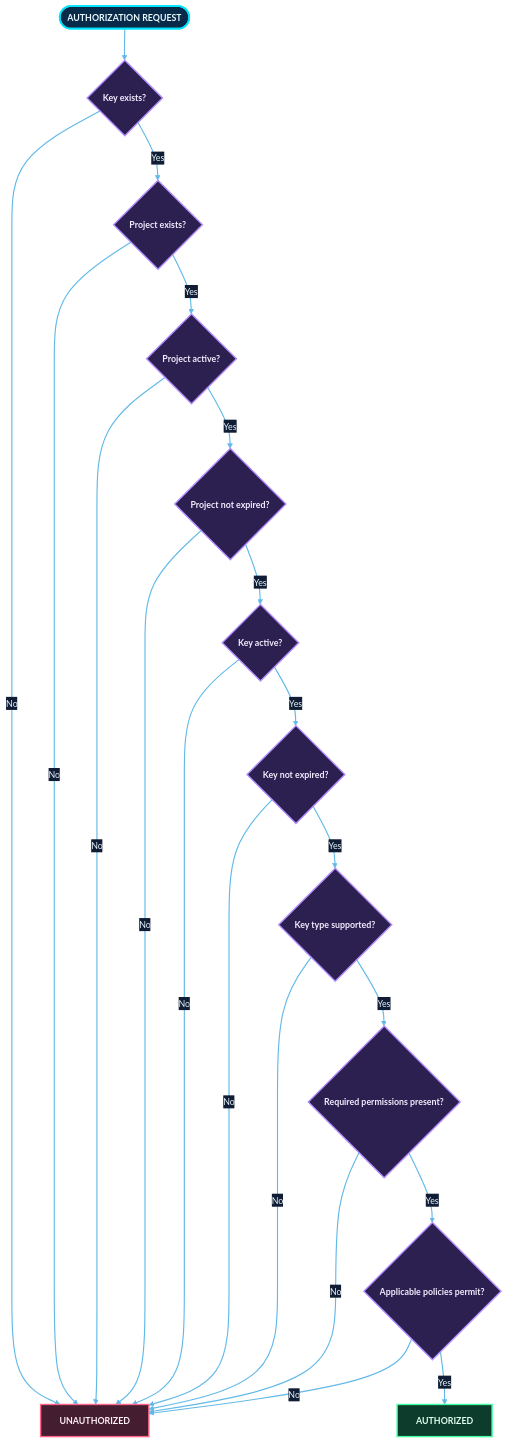
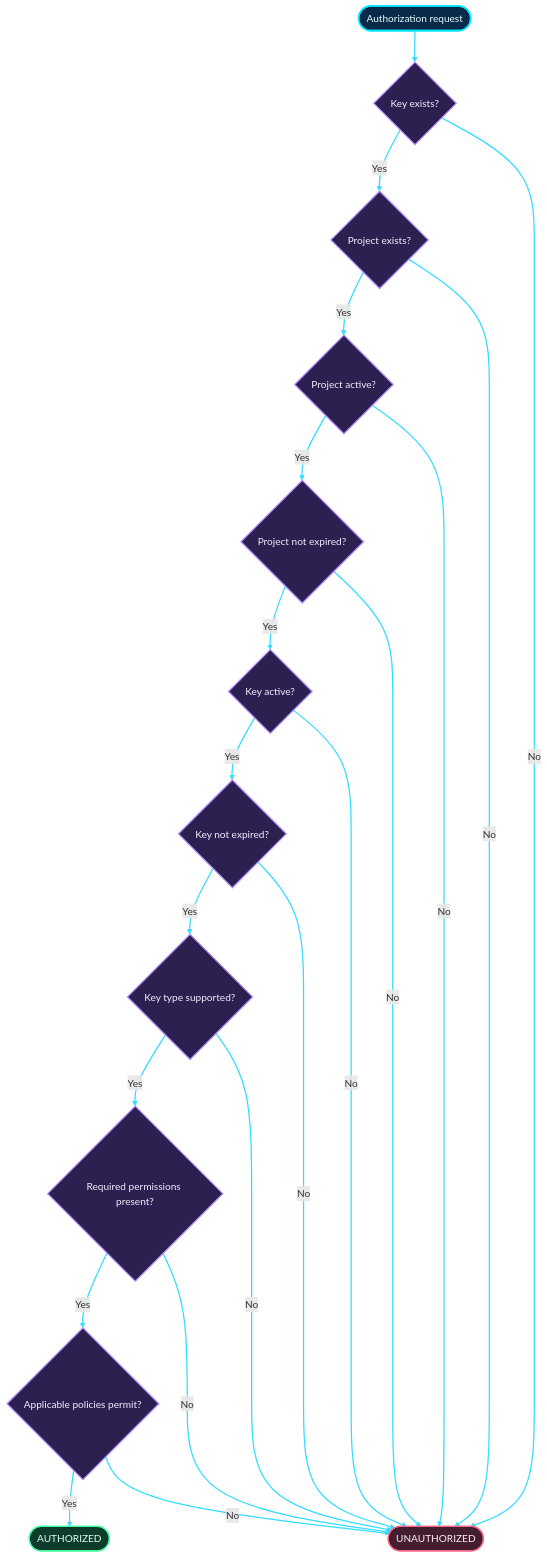
Diagram 12 of 23 in README.md (shajeduzzamanenan992008inc/NexOra-Database-key-Gen), drawn with Mermaid before and after one commit. The commit also changed other lines of this file, not shown here.

````diff
--- a/README.md
+++ b/README.md
@@ -1066,40 +1024,39 @@
 ```mermaid
-%%{init: {"theme":"base","themeVariables":{"darkMode":true,"background":"#07111f","primaryColor":"#102744","primaryTextColor":"#e8f7ff","primaryBorderColor":"#00d9ff","lineColor":"#62b9e8","secondaryColor":"#261d45","secondaryTextColor":"#f3eaff","secondaryBorderColor":"#a78bfa","tertiaryColor":"#12332b","tertiaryTextColor":"#e0fff1","tertiaryBorderColor":"#41e6a2","fontFamily":"Inter, Segoe UI, sans-serif","fontSize":"14px","edgeLabelBackground":"#101d34","mainBkg":"#102744","nodeBorder":"#00d9ff","clusterBkg":"#0b1930","clusterBorder":"#6f7dff","actorBkg":"#102744","actorBorder":"#00d9ff","actorTextColor":"#e8f7ff","signalColor":"#64d8ff","signalTextColor":"#e8f7ff","noteBkgColor":"#0e332b","noteBorderColor":"#41e6a2","noteTextColor":"#e0fff1"}}}%%
-flowchart TB
-    REQUEST(["AUTHORIZATION REQUEST"]) --> Q1{"Key exists?"}
-    Q1 -->|No| DENY["UNAUTHORIZED"]
+flowchart TD
+    R(["Authorization request"]) --> Q1{"Key exists?"}
     Q1 -->|Yes| Q2{"Project exists?"}
-    Q2 -->|No| DENY
     Q2 -->|Yes| Q3{"Project active?"}
-    Q3 -->|No| DENY
     Q3 -->|Yes| Q4{"Project not expired?"}
-    Q4 -->|No| DENY
     Q4 -->|Yes| Q5{"Key active?"}
-    Q5 -->|No| DENY
     Q5 -->|Yes| Q6{"Key not expired?"}
-    Q6 -->|No| DENY
     Q6 -->|Yes| Q7{"Key type supported?"}
-    Q7 -->|No| DENY
     Q7 -->|Yes| Q8{"Required permissions present?"}
-    Q8 -->|No| DENY
     Q8 -->|Yes| Q9{"Applicable policies permit?"}
-    Q9 -->|No| DENY
-    Q9 -->|Yes| ALLOW["AUTHORIZED"]
+    Q9 -->|Yes| OK(["AUTHORIZED"])
+    Q1 -->|No| NO(["UNAUTHORIZED"])
+    Q2 -->|No| NO
+    Q3 -->|No| NO
+    Q4 -->|No| NO
+    Q5 -->|No| NO
+    Q6 -->|No| NO
+    Q7 -->|No| NO
+    Q8 -->|No| NO
+    Q9 -->|No| NO
 
-
-    %% OMEGA NEX-ORA · ULTRA NEON DESIGN SYSTEM
-    classDef nxCore fill:#092b49,stroke:#00e5ff,stroke-width:2.8px,color:#e9fbff,font-weight:bold;
-    classDef nxProcess fill:#102b45,stroke:#3dbcf5,stroke-width:1.7px,color:#e9f6ff;
-    classDef nxDecision fill:#2b2050,stroke:#b38cff,stroke-width:2.2px,color:#f3edff,font-weight:bold;
-    classDef nxSuccess fill:#0d3b2c,stroke:#3fffa0,stroke-width:2.2px,color:#e0fff0,font-weight:bold;
-    classDef nxDanger fill:#451d30,stroke:#ff6688,stroke-width:2.2px,color:#fff0f3,font-weight:bold;
+    %% OMEGA NEX-ORA visual classes
+    %% OMEGA NEX-ORA / ULTRA NEON PALETTE
+    classDef nxCore fill:#092b49,stroke:#00e5ff,stroke-width:2.5px,color:#e9fbff;
+    classDef nxProcess fill:#102b45,stroke:#3dbcf5,stroke-width:1.5px,color:#e9f6ff;
+    classDef nxDecision fill:#2b2050,stroke:#b38cff,stroke-width:2px,color:#f3edff;
+    classDef nxSuccess fill:#0d3b2c,stroke:#3fffa0,stroke-width:2px,color:#e0fff0;
+    classDef nxDanger fill:#451d30,stroke:#ff6688,stroke-width:2px,color:#fff0f3;
     classDef nxData fill:#12352d,stroke:#63e6be,stroke-width:2px,color:#e1fff5;
     classDef nxExternal fill:#2b2149,stroke:#c4a5ff,stroke-width:2px,color:#f3ecff;
     classDef nxInfo fill:#17253e,stroke:#91a7c9,stroke-width:1.5px,color:#e5efff;
     classDef nxWarning fill:#453116,stroke:#fbbf24,stroke-width:2px,color:#fff6d6;
-    linkStyle default stroke:#62b9e8,stroke-width:1.8px;
-    class REQUEST nxCore;
+    class R nxCore;
     class Q1,Q2,Q3,Q4,Q5,Q6,Q7,Q8,Q9 nxDecision;
-    class ALLOW nxSuccess;
-    class DENY nxDanger;
+    class OK nxSuccess;
+    class NO nxDanger;
+    linkStyle default stroke:#35dcff,stroke-width:2px;
 ```
````
